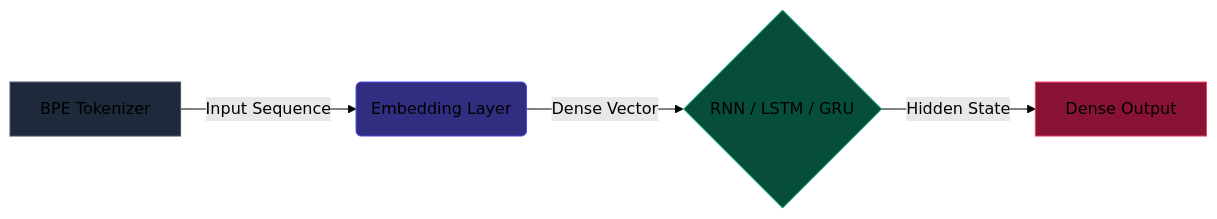
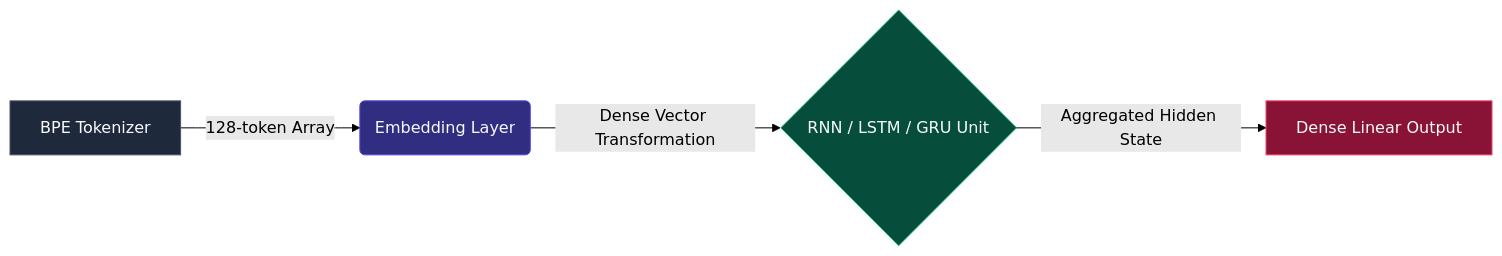
The diagram in example/clasification_family_rnn/README.md (Akhyar11/Oxide-JS), drawn with Mermaid (forest theme) before and after one commit. The commit also changed other lines of this file and 6 other files, not shown here.

````diff
--- a/example/clasification_family_rnn/README.md
+++ b/example/clasification_family_rnn/README.md
@@ -23,16 +27,16 @@
 ```mermaid
 graph LR
-    A[BPE Tokenizer] -->|Input Sequence| B(Embedding Layer)
-    B -->|Dense Vector| C{RNN / LSTM / GRU}
-    C -->|Hidden State| D[Dense Output]
-    
-    classDef input fill:#1e293b,stroke:#475569;
-    classDef embed fill:#312e81,stroke:#4f46e5;
-    classDef recur fill:#064e3b,stroke:#10b981;
-    classDef out fill:#881337,stroke:#f43f5e;
-    
+    A[BPE Tokenizer] -->|128-token Array| B(Embedding Layer)
+    B -->|Dense Vector Transformation| C{RNN / LSTM / GRU Unit}
+    C -->|Aggregated Hidden State| D[Dense Linear Output]
+
+    classDef input fill:#1e293b,stroke:#475569,color:#f8fafc;
+    classDef embed fill:#312e81,stroke:#4f46e5,color:#f8fafc;
+    classDef recur fill:#064e3b,stroke:#10b981,color:#f8fafc;
+    classDef out fill:#881337,stroke:#f43f5e,color:#f8fafc;
+
     class A input;
     class B embed;
     class C recur;
     class D out;
 ```
````
